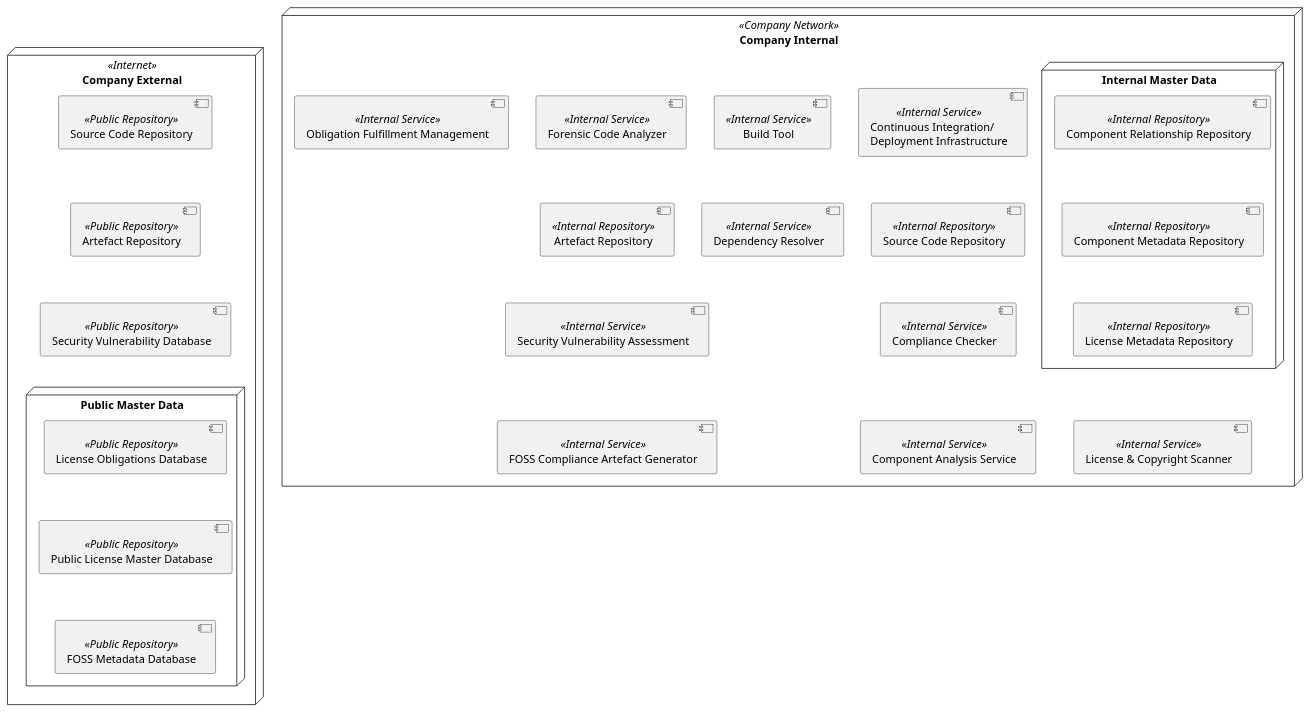
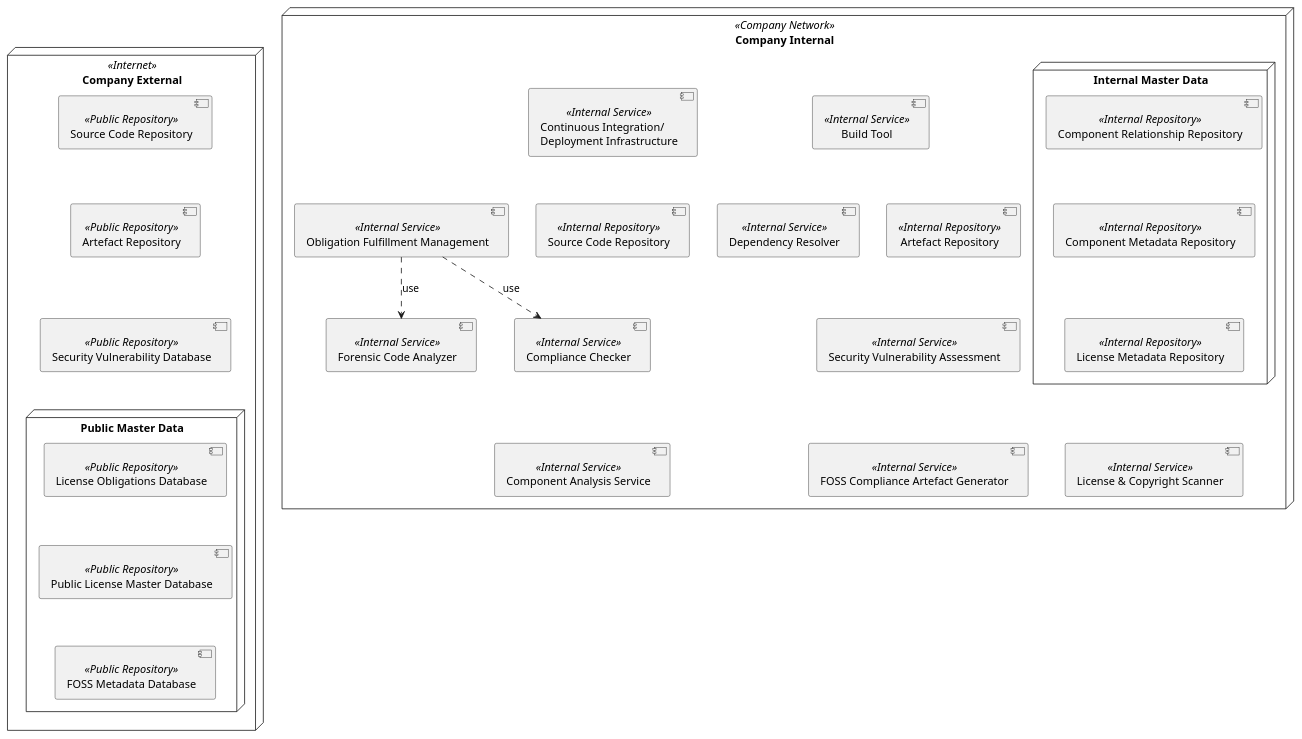
Before and after one commit to Open-Source-Compliance/Sharing-creates-value: the diagram in Tooling-Landscape/Unanimous-Understanding/OSS_Tooling_Landscape_UMLComp.plantuml, drawn with PlantUML.

Commit message:
Added "use" relationship for Obligation Fulfillment Mgmt

```diff
--- a/Tooling-Landscape/Unanimous-Understanding/OSS_Tooling_Landscape_UMLComp.plantuml
+++ b/Tooling-Landscape/Unanimous-Understanding/OSS_Tooling_Landscape_UMLComp.plantuml
@@ -1,101 +1,104 @@
 @startuml OSS_Tooling_Component_Diagram
 
 '
 ' SPDX-License-Identifier: CC-BY-SA-4.0
 '
 ' Showing the tooling landscape as UML deployement diagram
 ' This is meant to be a big picture, not listing all details
 '
 
 '
 ' Elements: What is public in the Internet
 '
 
 skinparam componentStyle uml2
 
 node "Company External" <<Internet>> {
 
     component [Source Code Repository] as publicsource <<Public Repository>> 
 
     component [Artefact Repository] as publicartefacts <<Public Repository>>
 
     component [Security Vulnerability Database] as publicvulnerabilities <<Public Repository>> 
 
     node "Public Master Data" {
 
         component [License Obligations Database] as publicobligations <<Public Repository>> 
 
         component [Public License Master Database] as publiclicenses <<Public Repository>> 
 
         component [FOSS Metadata Database] as publicmetadata <<Public Repository>> 
 
     }
 
 }
 
 '
 ' Elements: What is inside organisation or comapny
 '
 
 node "Company Internal" <<Company Network>> {
 
     component [Continuous Integration/\nDeployment Infrastructure] as cicd <<Internal Service>>
 
     component [Build Tool] as buildsystem <<Internal Service>>
 
     component [Source Code Repository] as internalsource <<Internal Repository>> 
 
     component [Artefact Repository] as internalartefacts <<Internal Repository>> 
 
     component [Compliance Checker] as compliancechecker <<Internal Service>>
 
     component [Dependency Resolver] as dependencyresolver <<Internal Service>>
 
     component [FOSS Compliance Artefact Generator] as fossartefactgenerator <<Internal Service>>
 
     component [Component Analysis Service] as componentanalysis <<Internal Service>>
 
     component [License & Copyright Scanner] as licensescanner <<Internal Service>>
 
     component [Security Vulnerability Assessment] as securityassessment <<Internal Service>>
 
     component [Forensic Code Analyzer] as forensiccodeanalyzer <<Internal Service>>
 
     component [Obligation Fulfillment Management] as obligationfulfillmentmgmt <<Internal Service>>
+    
+    obligationfulfillmentmgmt ..> forensiccodeanalyzer : use
+    obligationfulfillmentmgmt ..> compliancechecker : use
 
     node "Internal Master Data" {
 
         component [Component Relationship Repository] as componentrelationships <<Internal Repository>>
 
         component [Component Metadata Repository] as componentmetadata <<Internal Repository>> 
 
         component [License Metadata Repository] as licenses <<Internal Repository>> 
 
     }
 
 }
 
 ' 
 ' hidden relations to force layout ...
 ' 
 
 publicsource -[hidden]-> publicartefacts
 publicartefacts -[hidden]-> publicvulnerabilities
 publicvulnerabilities -[hidden]-> publicobligations
 
 publicobligations -[hidden]-> publiclicenses
 publiclicenses -[hidden]-> publicmetadata
 
 cicd -[hidden]-> internalsource
 buildsystem -[hidden]-> internalartefacts
 buildsystem -[hidden]-> dependencyresolver
 internalsource -[hidden]-> compliancechecker
 internalartefacts -[hidden]-> securityassessment
 compliancechecker -[hidden]-> componentanalysis
 securityassessment -[hidden]-> fossartefactgenerator
 licenses -[hidden]-> licensescanner
 
 componentrelationships -[hidden]-> componentmetadata
 componentmetadata -[hidden]-> licenses
 
 @enduml
```
